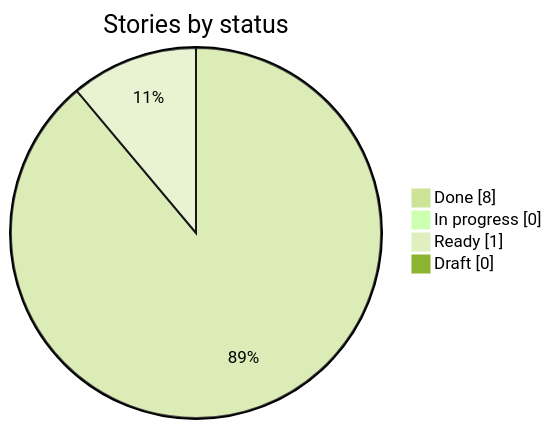
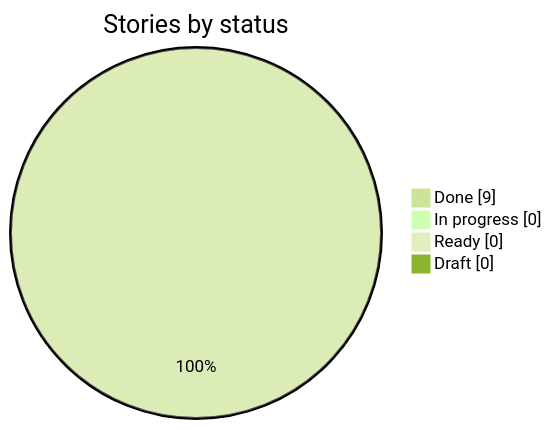
One commit to HebaGaber/oracle-property-intelligence-platform-pipeline-travis-tx changed the first of 2 diagrams in docs/progress.md. Above: the diagram before and after it, drawn with Mermaid (forest theme). The commit also changed other lines of this file, not shown here.

Commit message:
A-16: update progress after the A-16 merge (9 of 9 stories done)

````diff
--- a/docs/progress.md
+++ b/docs/progress.md
@@ -9,7 +9,7 @@
 ```mermaid
 pie showData title Stories by status
-  "Done" : 8
+  "Done" : 9
   "In progress" : 0
-  "Ready" : 1
+  "Ready" : 0
   "Draft" : 0
 ```
````
